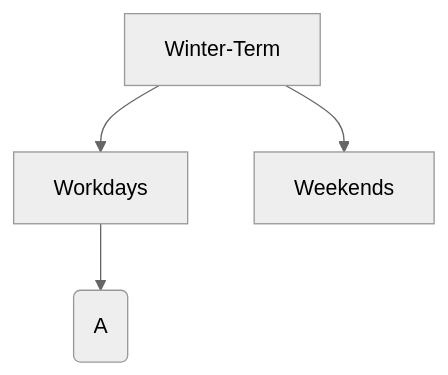
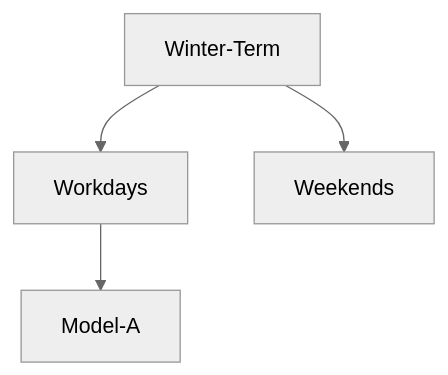
Before and after one commit to hajri94/Predictive-Model-for-Heat-Load-in-Buildings-Connected-to-District-Heating-Network: the diagram in README.md, drawn with Mermaid (neutral theme).

````diff
--- a/README.md
+++ b/README.md
@@ -71,6 +71,6 @@
 ```mermaid
 graph TD;
     Winter-Term-->Workdays;
     Winter-Term-->Weekends;    
-    Workdays-->Model-(A);        
+    Workdays-->Model-A;        
 ```
````
